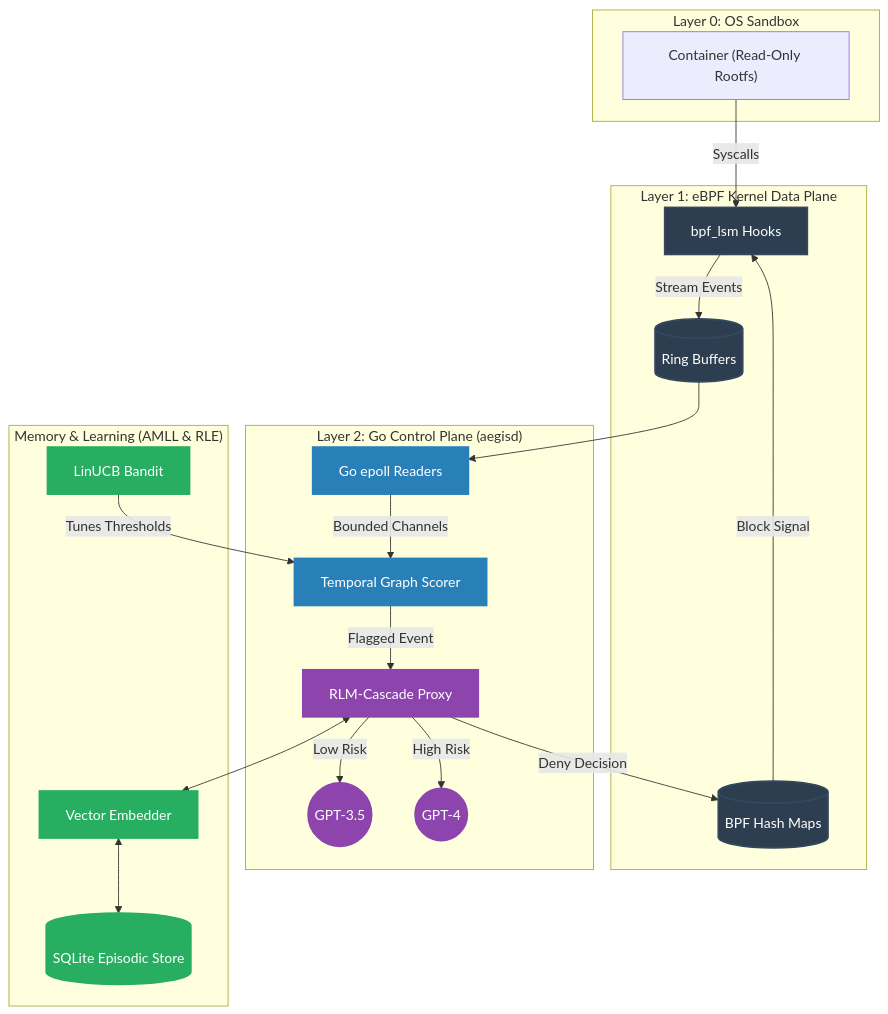
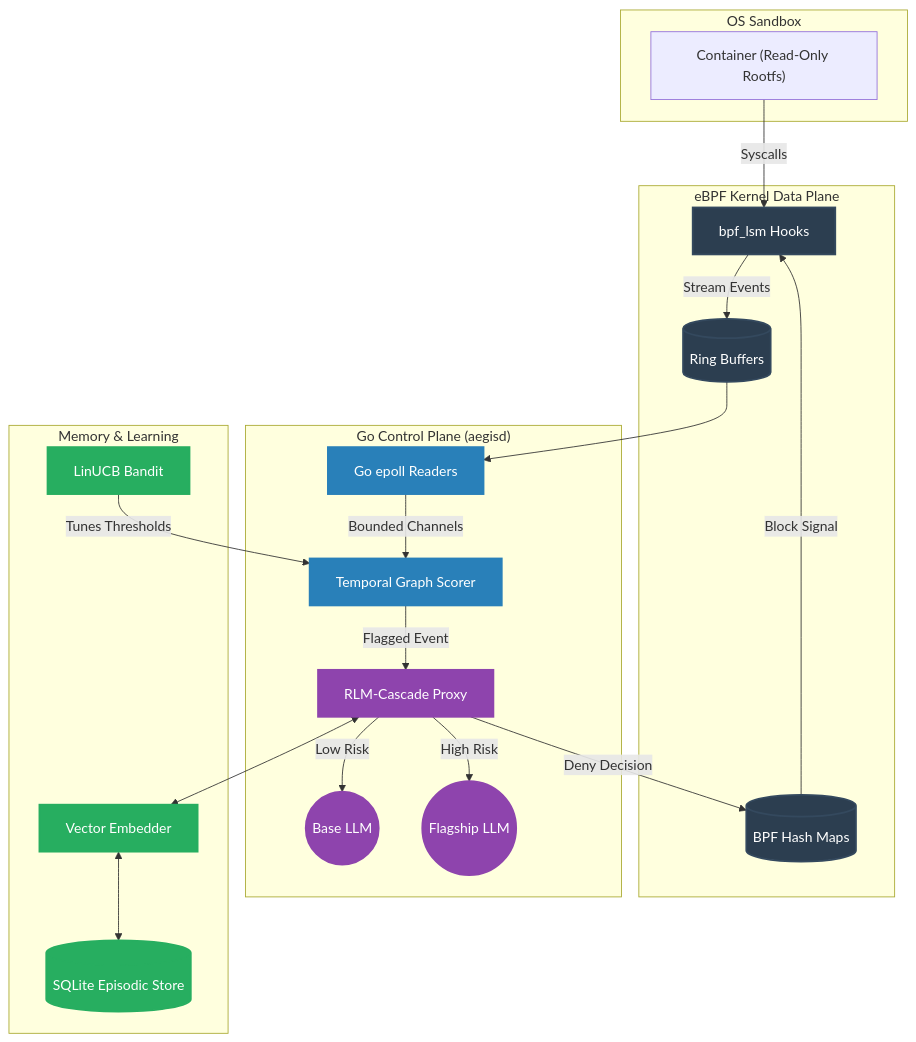
The diagram in README.md (Quiet-Intelligence/aegis), drawn with Mermaid before and after one commit. The commit also changed other lines of this file and 2 other files, not shown here.

Commit message:
docs(readme): comprehensive academic rewrite incorporating v2 evaluation architecture and metrics

````diff
--- a/README.md
+++ b/README.md
@@ -94,51 +87,51 @@
 ```mermaid
 graph TD
-    subgraph "Layer 0: OS Sandbox"
+    subgraph "OS Sandbox"
         Container["Container (Read-Only Rootfs)"]
     end
     
-    subgraph "Layer 1: eBPF Kernel Data Plane"
+    subgraph "eBPF Kernel Data Plane"
         LSM[bpf_lsm Hooks]
         RingBuf[(Ring Buffers)]
         PolicyMap[(BPF Hash Maps)]
         Container -->|Syscalls| LSM
         LSM -->|Stream Events| RingBuf
         PolicyMap -->|Block Signal| LSM
     end
 
-    subgraph "Layer 2: Go Control Plane (aegisd)"
+    subgraph "Go Control Plane (aegisd)"
         Reader[Go epoll Readers]
         Graph[Temporal Graph Scorer]
         Cascade[RLM-Cascade Proxy]
-        LLM_Cheap((GPT-3.5))
-        LLM_Flagship((GPT-4))
+        LLM_Cheap((Base LLM))
+        LLM_Flagship((Flagship LLM))
         
         RingBuf --> Reader
         Reader -->|Bounded Channels| Graph
         Graph -->|Flagged Event| Cascade
         Cascade -->|Low Risk| LLM_Cheap
         Cascade -->|High Risk| LLM_Flagship
     end
 
-    subgraph "Memory & Learning (AMLL & RLE)"
+    subgraph "Memory & Learning"
         SQLite[(SQLite Episodic Store)]
         Embedder[Vector Embedder]
         Bandit[LinUCB Bandit]
         
         Cascade <--> Embedder
         Embedder <--> SQLite
         Bandit -->|Tunes Thresholds| Graph
     end
     
     Cascade -->|Deny Decision| PolicyMap
     
     classDef kernel fill:#2c3e50,stroke:#34495e,stroke-width:2px,color:#fff;
     classDef userspace fill:#2980b9,stroke:#2980b9,stroke-width:2px,color:#fff;
     classDef memory fill:#27ae60,stroke:#27ae60,stroke-width:2px,color:#fff;
     classDef llm fill:#8e44ad,stroke:#8e44ad,stroke-width:2px,color:#fff;
     
     class LSM,RingBuf,PolicyMap kernel;
     class Reader,Graph userspace;
     class SQLite,Embedder,Bandit memory;
     class LLM_Cheap,LLM_Flagship,Cascade llm;
 ```
````
